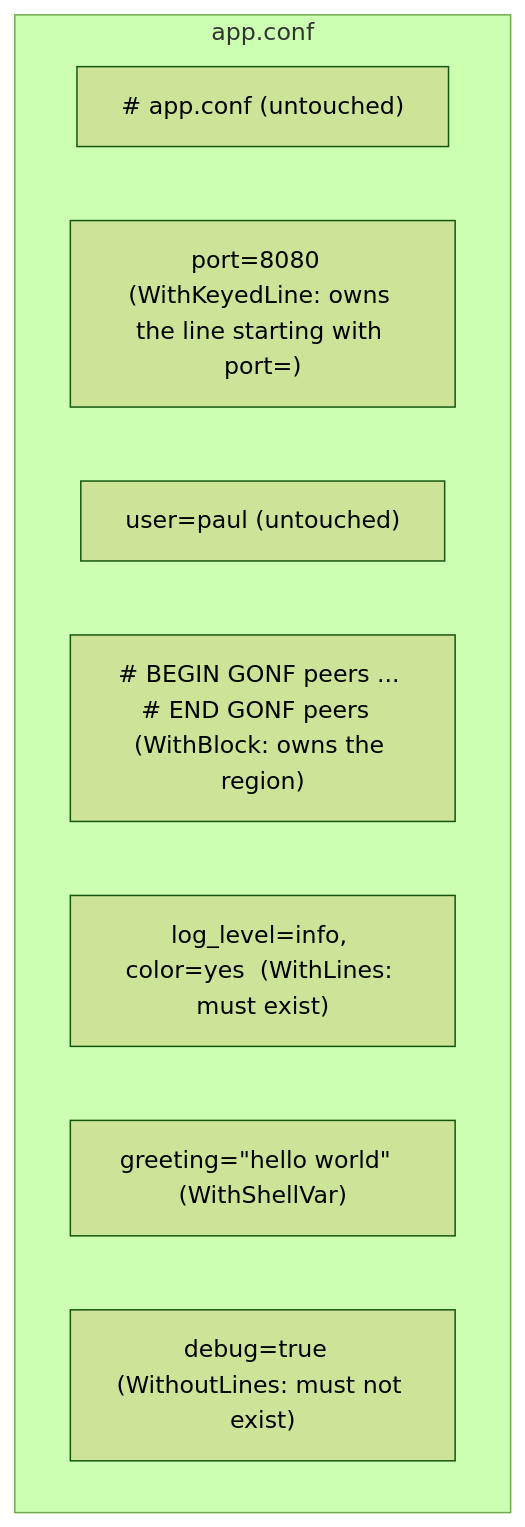
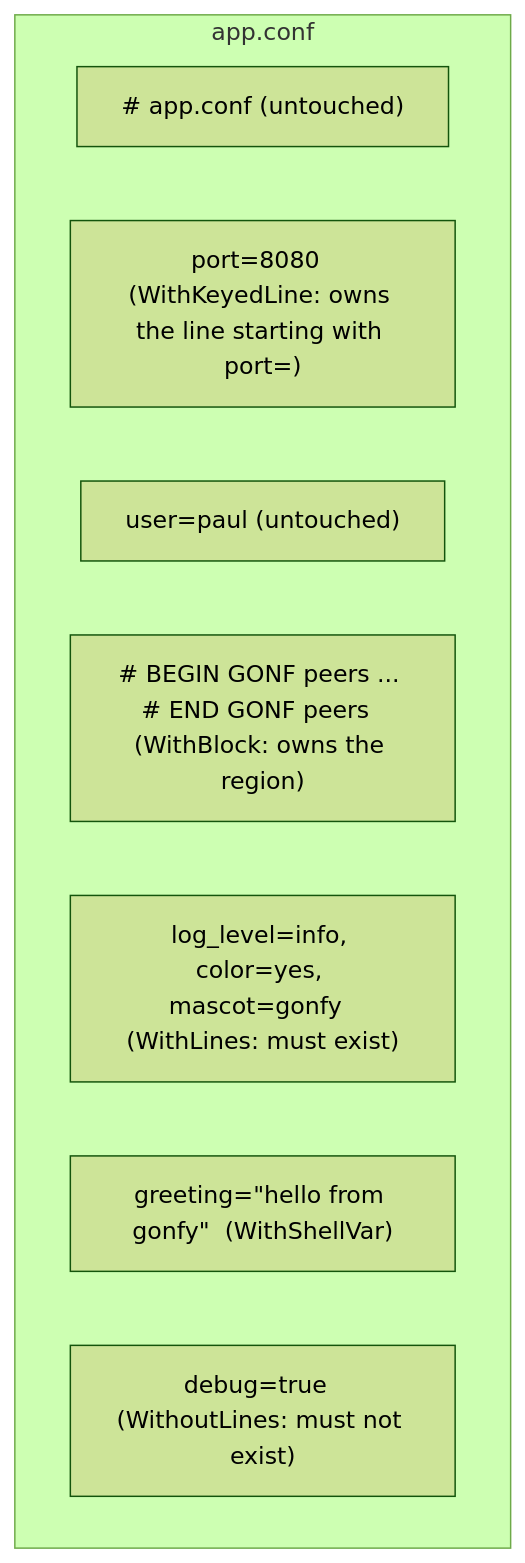
The diagram in docs/tutorial/img/src/ch04-1.mmd (snonux/gonf), drawn with Mermaid (forest theme) before and after one commit. The commit also changed 36 other files, not shown here.

```diff
--- a/docs/tutorial/img/src/ch04-1.mmd
+++ b/docs/tutorial/img/src/ch04-1.mmd
@@ -1,10 +1,10 @@
 flowchart TB
     subgraph app.conf
         A["# app.conf  (untouched)"]
         B["port=8080  (WithKeyedLine: owns the line starting with port=)"]
         C["user=paul  (untouched)"]
         D["# BEGIN GONF peers ... # END GONF peers  (WithBlock: owns the region)"]
-        E["log_level=info, color=yes  (WithLines: must exist)"]
-        F["greeting=#quot;hello world#quot;  (WithShellVar)"]
+        E["log_level=info, color=yes, mascot=gonfy  (WithLines: must exist)"]
+        F["greeting=#quot;hello from gonfy#quot;  (WithShellVar)"]
         G["debug=true  (WithoutLines: must not exist)"]
     end
```
